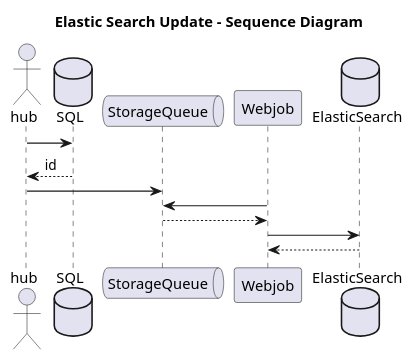
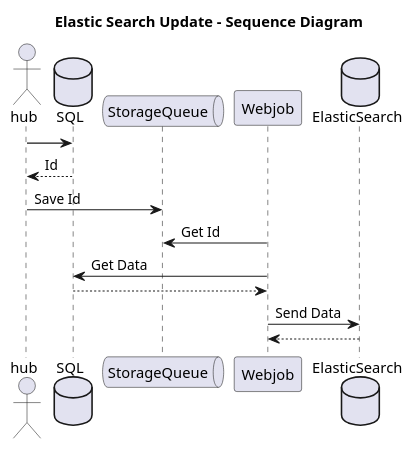
One commit to Kf-GaryNewport/Kf-GaryNewport.github.io changed the diagram in assets/ElasticSearchUpdate-Sequence.puml. Above: the diagram before and after it, drawn with PlantUML. The commit also changed 3 other files, not shown here.

```diff
--- a/assets/ElasticSearchUpdate-Sequence.puml
+++ b/assets/ElasticSearchUpdate-Sequence.puml
@@ -1,18 +1,19 @@
 @startuml
 
 title "Elastic Search Update - Sequence Diagram"
 
 actor hub
 Database  SQL
 hub -> SQL
-return id
+return Id
 Queue StorageQueue
-hub -> StorageQueue
-Webjob -> StorageQueue
+hub -> StorageQueue : Save Id
+Webjob -> StorageQueue : Get Id
+Webjob -> SQL : Get Data
 return
 Database ElasticSearch
-Webjob -> ElasticSearch
+Webjob -> ElasticSearch : Send Data
 return
 
 
 @enduml
```
